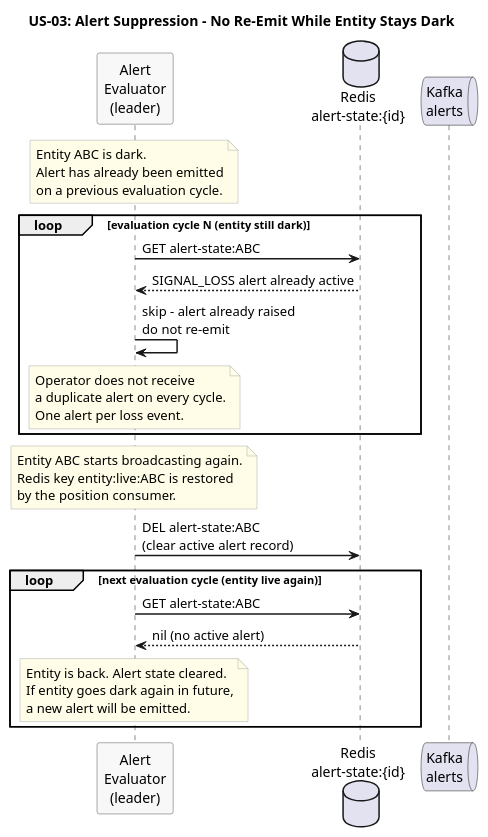
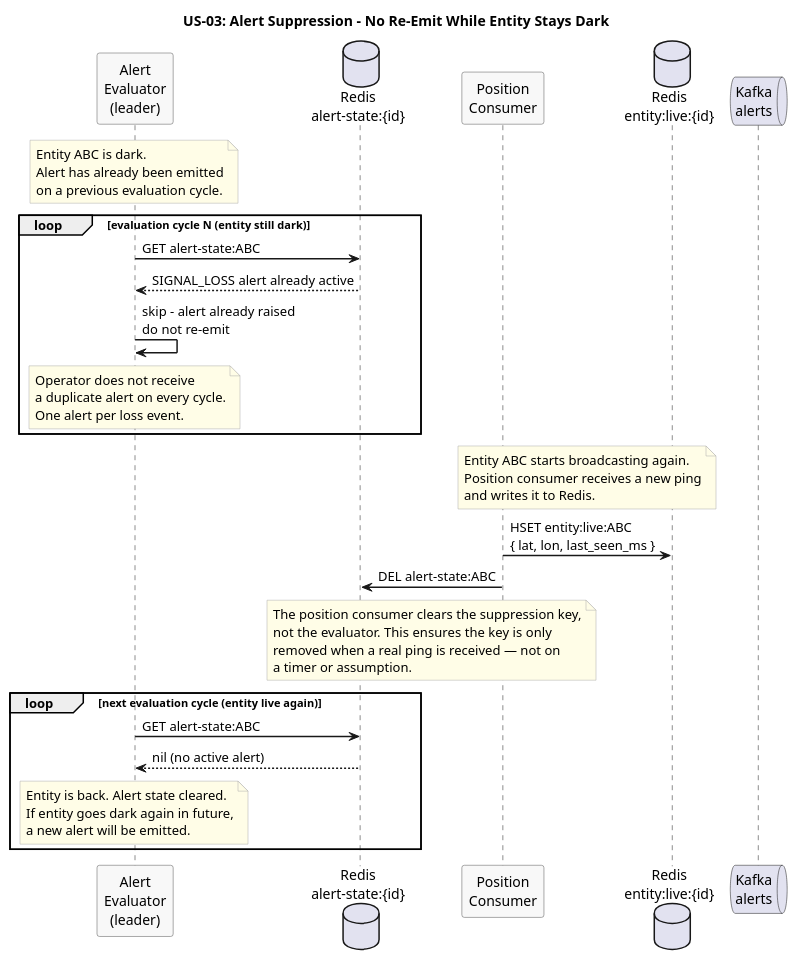
The diagram in docs/use-cases/US-03-signal-loss-alert/alert-suppression.puml (Buffden/sentinel), drawn with PlantUML before and after one commit. The commit also changed 2 other files, not shown here.

Commit message:
docs: fix signal loss detection mechanism and alert suppression lifecycle across ADRs, use cases, and diagrams

```diff
--- a/docs/use-cases/US-03-signal-loss-alert/alert-suppression.puml
+++ b/docs/use-cases/US-03-signal-loss-alert/alert-suppression.puml
@@ -1,52 +1,61 @@
 @startuml alert-suppression
 title US-03: Alert Suppression - No Re-Emit While Entity Stays Dark
 
 skinparam sequenceArrowThickness 1.5
 skinparam participantBorderColor #555555
 skinparam participantBackgroundColor #F8F8F8
 skinparam noteBorderColor #AAAAAA
 skinparam noteBackgroundColor #FFFDE7
 
 participant "Alert\nEvaluator\n(leader)" as Evaluator
 database "Redis\nalert-state:{id}" as AlertState
+participant "Position\nConsumer" as Consumer
+database "Redis\nentity:live:{id}" as LiveState
 queue "Kafka\nalerts" as Kafka
 
 note over Evaluator
   Entity ABC is dark.
   Alert has already been emitted
   on a previous evaluation cycle.
 end note
 
 loop evaluation cycle N (entity still dark)
   Evaluator -> AlertState : GET alert-state:ABC
   AlertState --> Evaluator : SIGNAL_LOSS alert already active
 
   Evaluator -> Evaluator : skip - alert already raised\ndo not re-emit
 
   note over Evaluator
     Operator does not receive
     a duplicate alert on every cycle.
     One alert per loss event.
   end note
 end
 
-note over Evaluator
+note over Consumer, LiveState
   Entity ABC starts broadcasting again.
-  Redis key entity:live:ABC is restored
-  by the position consumer.
+  Position consumer receives a new ping
+  and writes it to Redis.
 end note
 
-Evaluator -> AlertState : DEL alert-state:ABC\n(clear active alert record)
+Consumer -> LiveState : HSET entity:live:ABC\n{ lat, lon, last_seen_ms }
+Consumer -> AlertState : DEL alert-state:ABC
+note over Consumer, AlertState
+  The position consumer clears the suppression key,
+  not the evaluator. This ensures the key is only
+  removed when a real ping is received — not on
+  a timer or assumption.
+end note
 
 loop next evaluation cycle (entity live again)
   Evaluator -> AlertState : GET alert-state:ABC
   AlertState --> Evaluator : nil (no active alert)
 
   note over Evaluator
     Entity is back. Alert state cleared.
     If entity goes dark again in future,
     a new alert will be emitted.
   end note
 end
 
 @enduml
```
